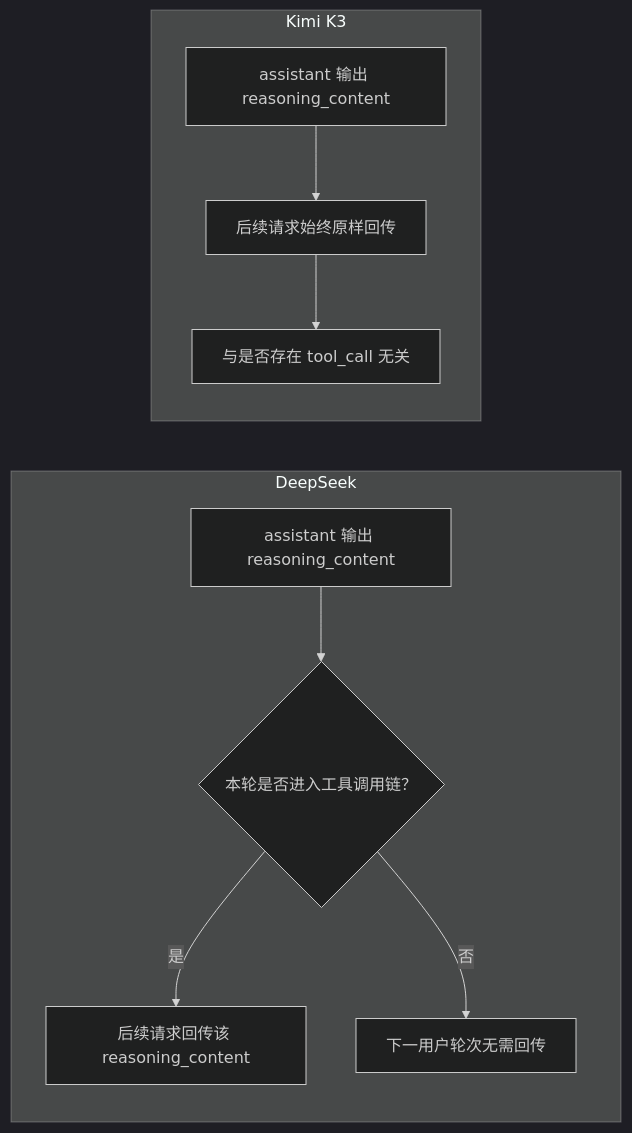
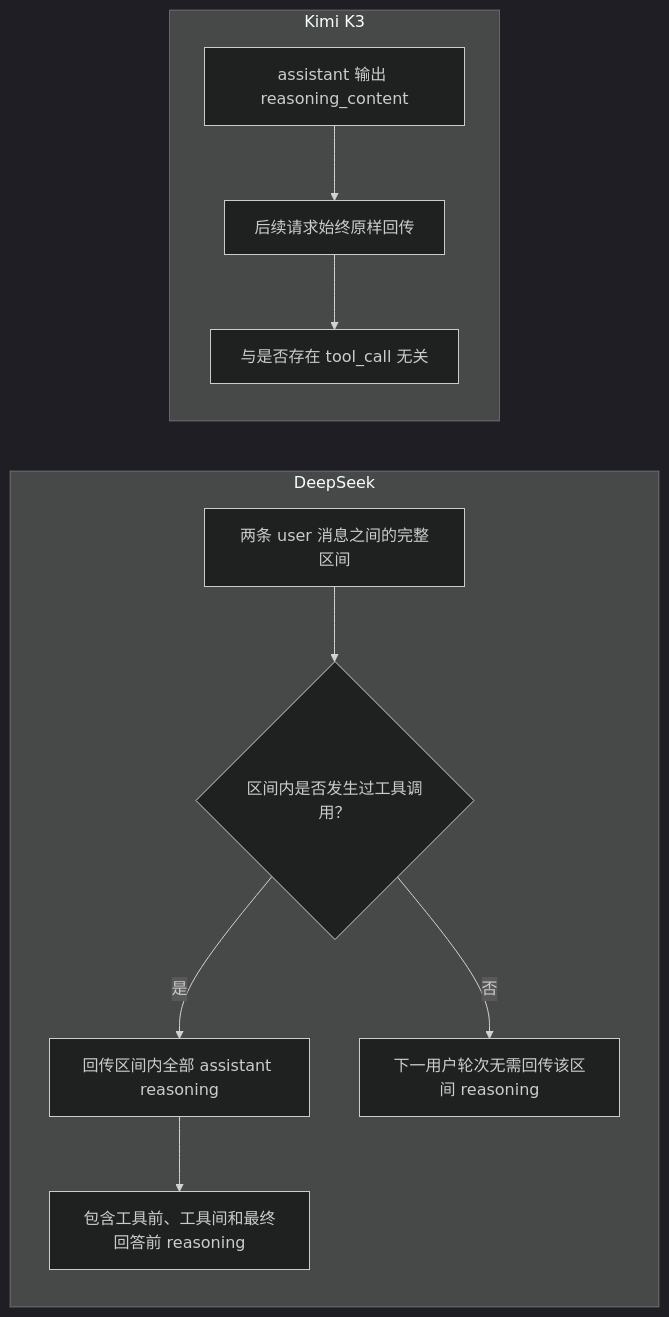
One commit to ArtificialNotImbecile/pi-desktop changed the diagram in docs/reasoning_context_retention.md. Above: the diagram before and after it, drawn with Mermaid (dark theme). The commit also changed other lines of this file and 32 other files, not shown here.

````diff
--- a/docs/reasoning_context_retention.md
+++ b/docs/reasoning_context_retention.md
@@ -18,13 +18,14 @@
 ```mermaid
 flowchart LR
   subgraph DS["DeepSeek"]
-    D0["assistant 输出 reasoning_content"] --> D1{"本轮是否进入工具调用链？"}
-    D1 -->|"是"| D2["后续请求回传该 reasoning_content"]
-    D1 -->|"否"| D3["下一用户轮次无需回传"]
+    D0["两条 user 消息之间的完整区间"] --> D1{"区间内是否发生过工具调用？"}
+    D1 -->|"是"| D2["回传区间内全部 assistant reasoning"]
+    D2 --> D3["包含工具前、工具间和最终回答前 reasoning"]
+    D1 -->|"否"| D4["下一用户轮次无需回传该区间 reasoning"]
   end
 
   subgraph K3["Kimi K3"]
     K0["assistant 输出 reasoning_content"] --> K1["后续请求始终原样回传"]
     K1 --> K2["与是否存在 tool_call 无关"]
   end
 ```
````
